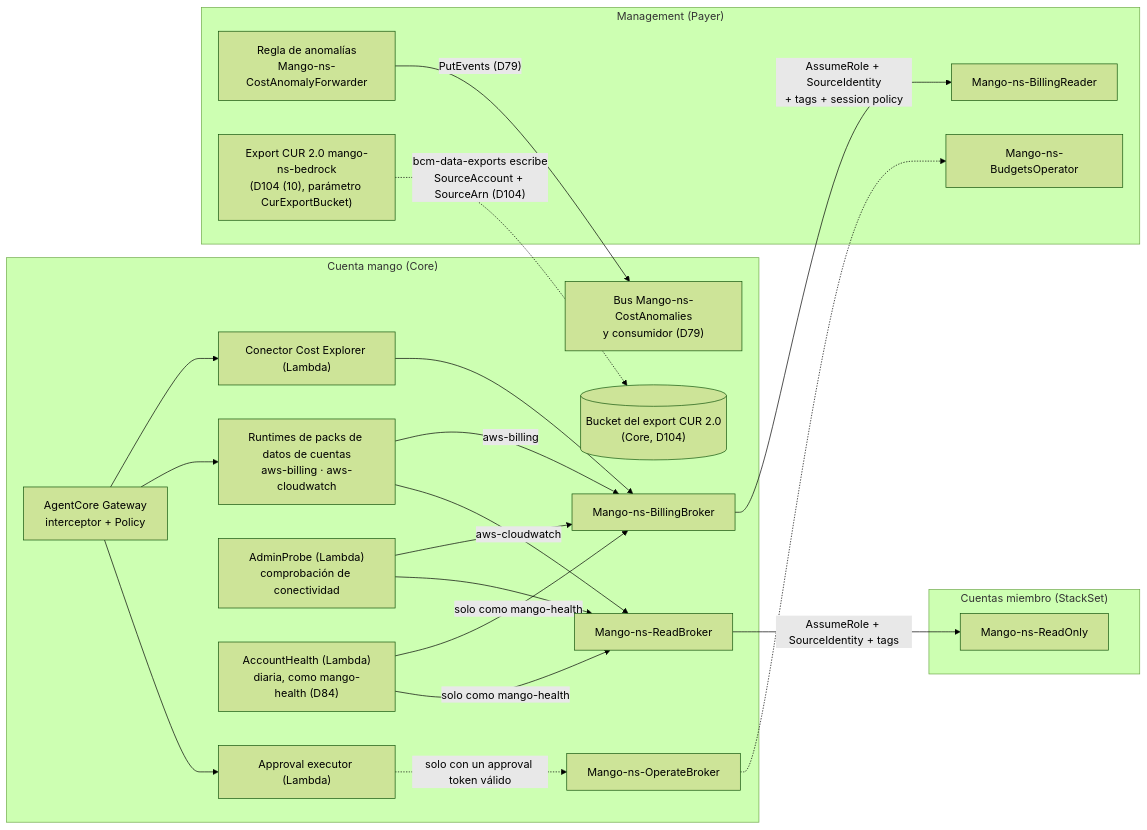
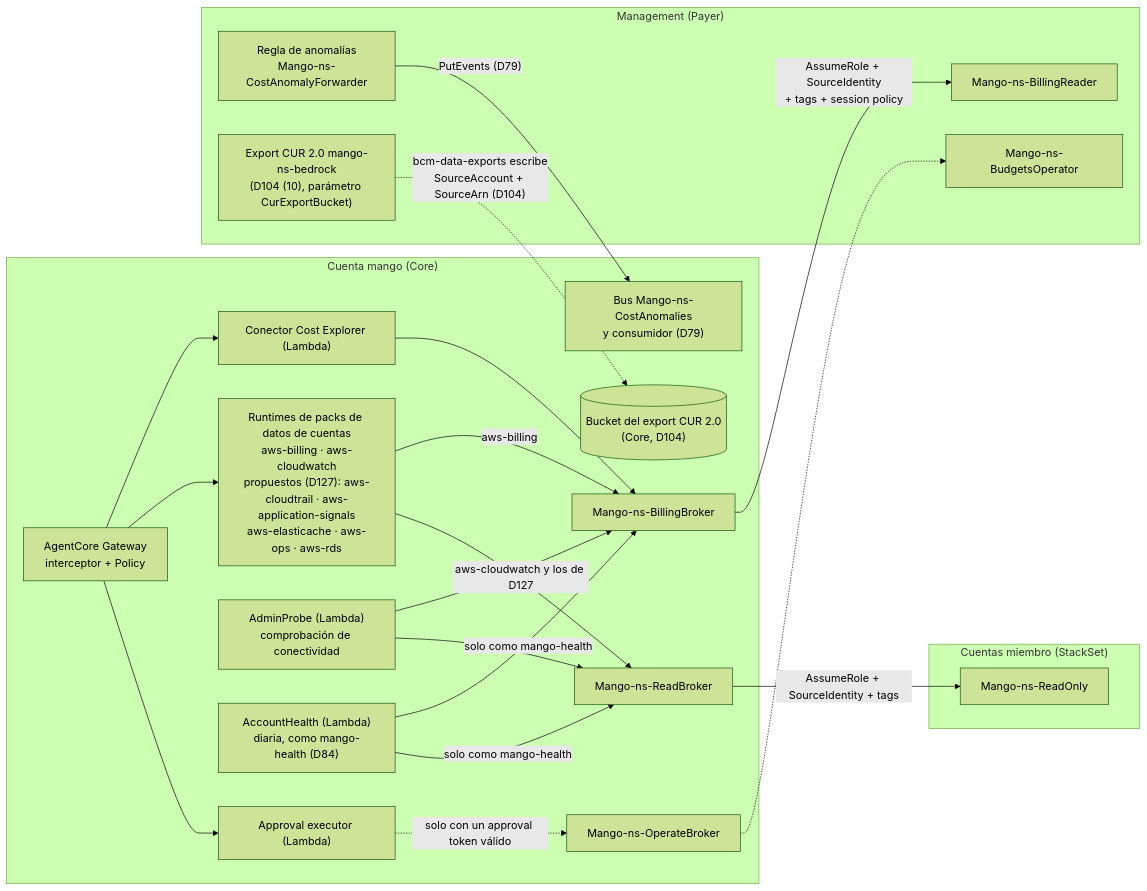
One commit to jhonmezaa/mango changed the second of 2 diagrams in docs/architecture/reference-architecture.md. Above: the diagram before and after it, drawn with Mermaid (forest theme). The commit also changed other lines of this file and 10 other files, not shown here.

First line of the commit message:
docs(architecture): record D126 and D127 for the SRE and DBA agents and their packs

````diff
--- a/docs/architecture/reference-architecture.md
+++ b/docs/architecture/reference-architecture.md
@@ -757,40 +764,40 @@
 ```mermaid
 flowchart LR
   subgraph MANGO["Cuenta mango (Core)"]
     GW["AgentCore Gateway<br/>interceptor + Policy"]
     C["Conector Cost Explorer (Lambda)"]
-    PK["Runtimes de packs de datos de cuentas<br/>aws-billing · aws-cloudwatch"]
+    PK["Runtimes de packs de datos de cuentas<br/>aws-billing · aws-cloudwatch<br/>propuestos (D127): aws-cloudtrail · aws-application-signals<br/>aws-elasticache · aws-ops · aws-rds"]
     AP["AdminProbe (Lambda)<br/>comprobación de conectividad"]
     AH["AccountHealth (Lambda)<br/>diaria, como mango-health (D84)"]
     AE["Approval executor (Lambda)"]
     RB["Mango-ns-ReadBroker"]
     BB["Mango-ns-BillingBroker"]
     OB["Mango-ns-OperateBroker"]
     CAB["Bus Mango-ns-CostAnomalies<br/>y consumidor (D79)"]
     CXB[("Bucket del export CUR 2.0<br/>(Core, D104)")]
   end
   subgraph MGMT["Management (Payer)"]
     BR["Mango-ns-BillingReader"]
     BO["Mango-ns-BudgetsOperator"]
     CF["Regla de anomalías<br/>Mango-ns-CostAnomalyForwarder"]
     CUX["Export CUR 2.0 mango-ns-bedrock<br/>(D104 (10), parámetro CurExportBucket)"]
   end
   subgraph MEM["Cuentas miembro (StackSet)"]
     RO["Mango-ns-ReadOnly"]
   end
   GW --> C
   GW --> PK
   GW --> AE
   C --> BB
   PK -- "aws-billing" --> BB
-  PK -- "aws-cloudwatch" --> RB
+  PK -- "aws-cloudwatch y los de D127" --> RB
   AP --> BB
   AP --> RB
   AH -- "solo como mango-health" --> BB
   AH -- "solo como mango-health" --> RB
   BB -- "AssumeRole + SourceIdentity<br/>+ tags + session policy" --> BR
   RB -- "AssumeRole + SourceIdentity + tags" --> RO
   AE -. "solo con un approval token válido" .-> OB -.-> BO
   CF -- "PutEvents (D79)" --> CAB
   CUX -. "bcm-data-exports escribe<br/>SourceAccount + SourceArn (D104)" .-> CXB
 ```
````
